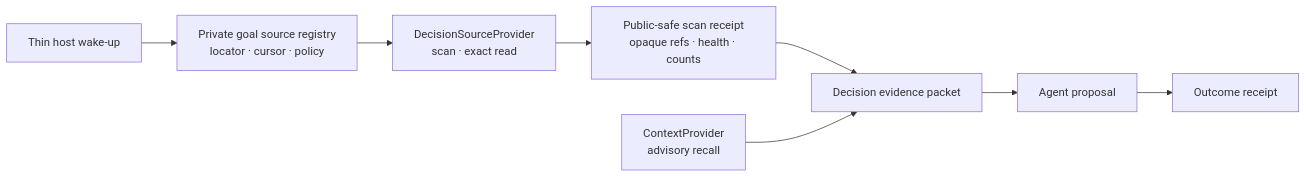
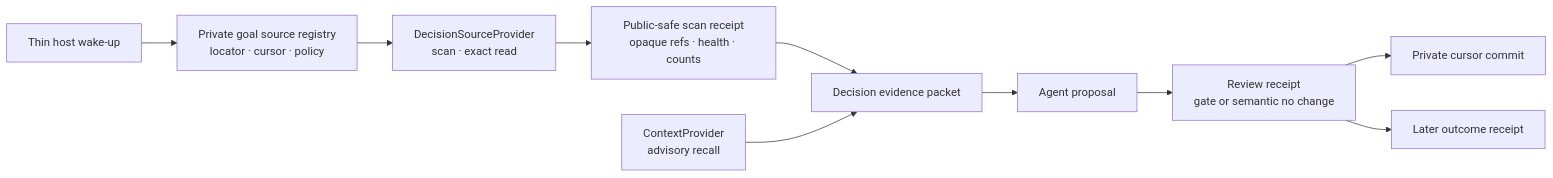
Before and after one commit to Alicecooo/loopx: the second of 2 diagrams in docs/reference/protocols/decision-context-architecture-v0.md, drawn with Mermaid. The commit also changed other lines of this file and 21 other files, not shown here.

````diff
--- a/docs/reference/protocols/decision-context-architecture-v0.md
+++ b/docs/reference/protocols/decision-context-architecture-v0.md
@@ -112,19 +125,23 @@
 ```mermaid
 flowchart LR
     THIN["Thin host wake-up"]
     REG["Private goal source registry<br/>locator · cursor · policy"]
     SOURCE["DecisionSourceProvider<br/>scan · exact read"]
     RECEIPT["Public-safe scan receipt<br/>opaque refs · health · counts"]
     RECALL["ContextProvider<br/>advisory recall"]
     EVIDENCE["Decision evidence packet"]
     AGENT["Agent proposal"]
-    OUTCOME["Outcome receipt"]
+    REVIEW["Review receipt<br/>gate or semantic no change"]
+    CURSOR["Private cursor commit"]
+    OUTCOME["Later outcome receipt"]
 
     THIN --> REG
     REG --> SOURCE
     SOURCE --> RECEIPT
     RECEIPT --> EVIDENCE
     RECALL --> EVIDENCE
     EVIDENCE --> AGENT
-    AGENT --> OUTCOME
+    AGENT --> REVIEW
+    REVIEW --> CURSOR
+    REVIEW --> OUTCOME
 ```
````
